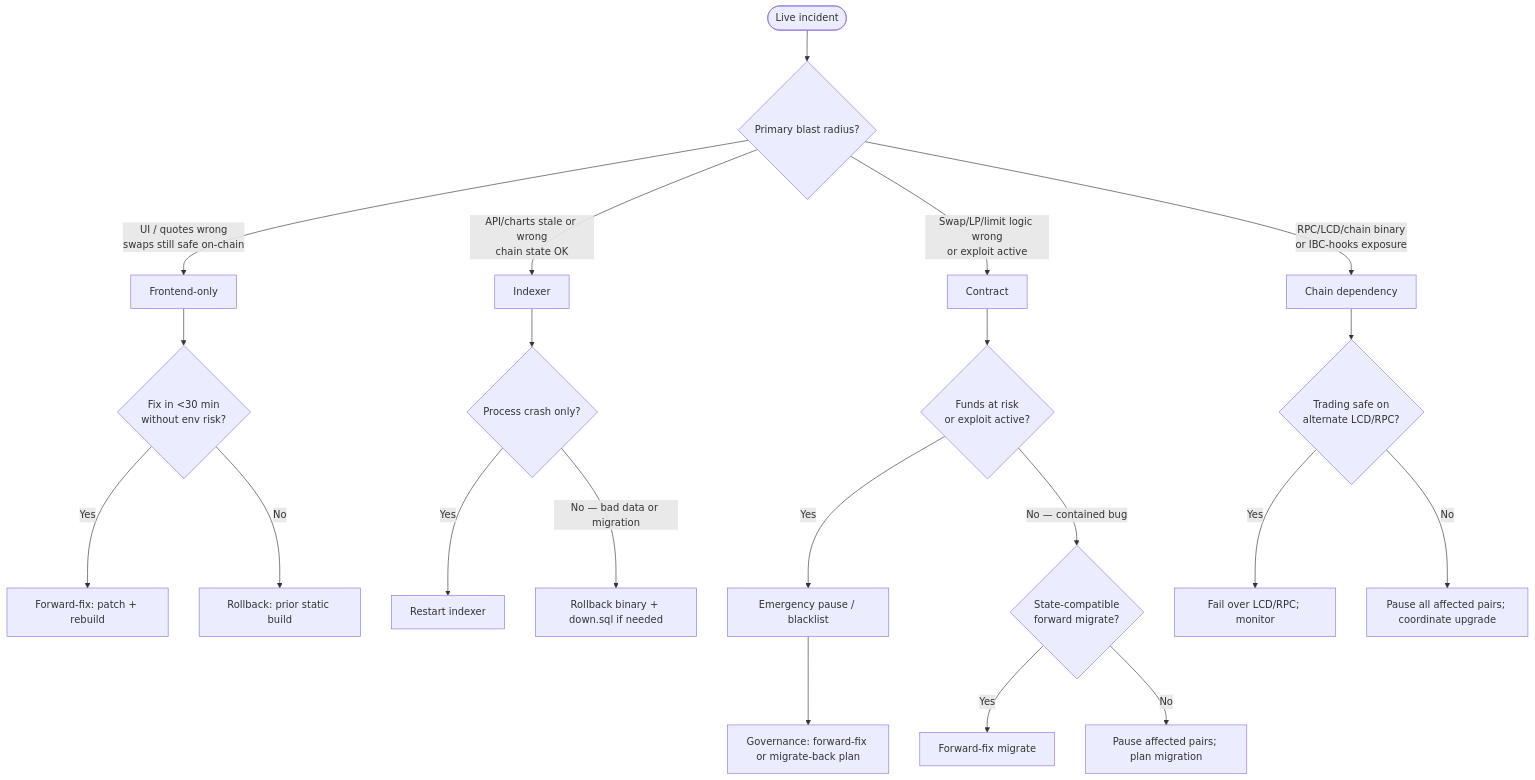
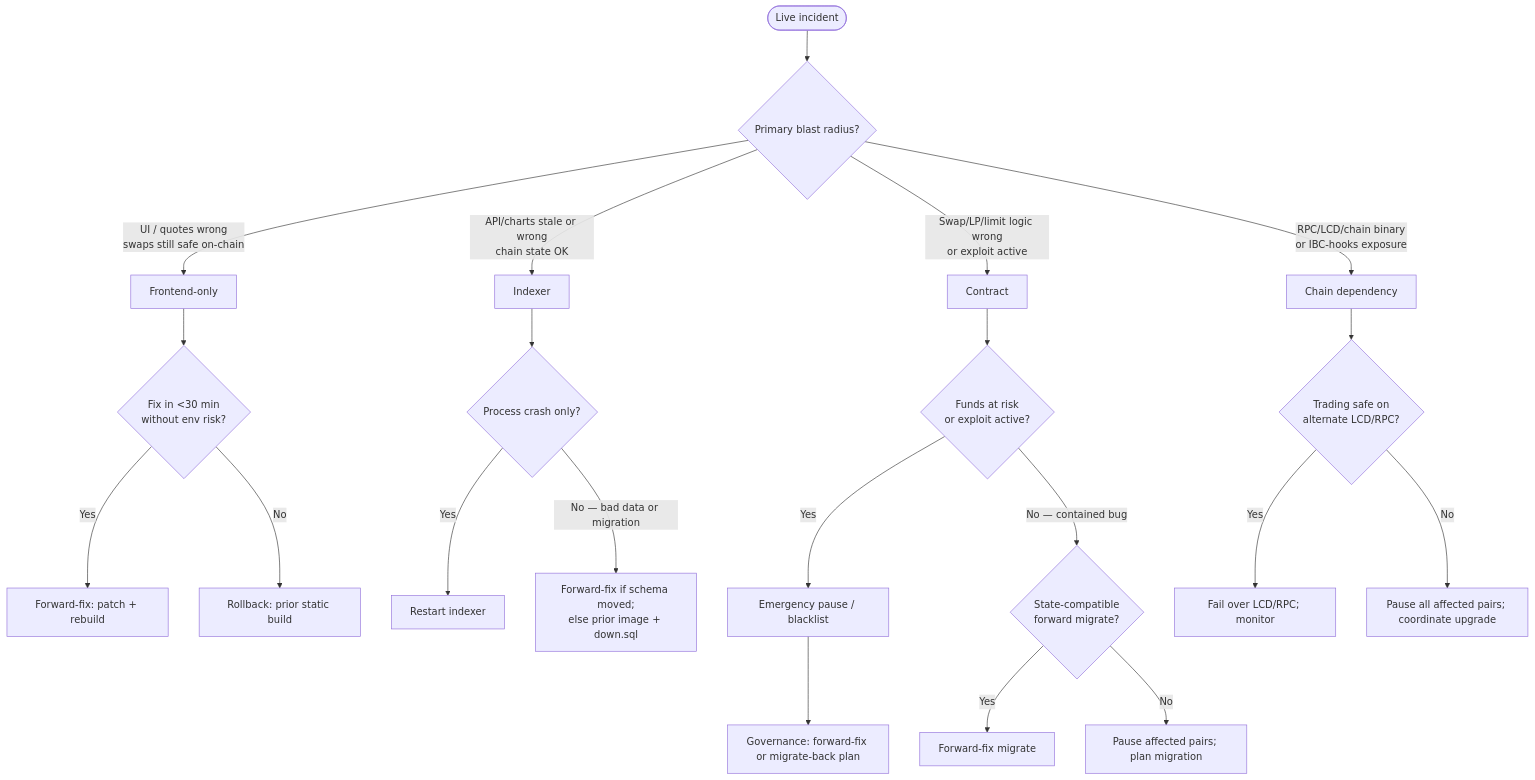
Before and after one commit to PlasticDigits/cl8y-dex-terraclassic: the diagram in docs/runbooks/rollback-decision.md, drawn with Mermaid. The commit also changed other lines of this file and 8 other files, not shown here.

````diff
--- a/docs/runbooks/rollback-decision.md
+++ b/docs/runbooks/rollback-decision.md
@@ -22,23 +22,23 @@
 ```mermaid
 flowchart TD
   start([Live incident]) --> classify{Primary blast radius?}
   classify -->|UI / quotes wrong<br/>swaps still safe on-chain| fe[Frontend-only]
   classify -->|API/charts stale or wrong<br/>chain state OK| idx[Indexer]
   classify -->|Swap/LP/limit logic wrong<br/>or exploit active| ctr[Contract]
   classify -->|RPC/LCD/chain binary<br/>or IBC-hooks exposure| chain[Chain dependency]
   fe --> fe_dec{Fix in &lt;30 min<br/>without env risk?}
   fe_dec -->|Yes| fe_hot[Forward-fix: patch + rebuild]
   fe_dec -->|No| fe_roll[Rollback: prior static build]
   idx --> idx_dec{Process crash only?}
   idx_dec -->|Yes| idx_restart[Restart indexer]
-  idx_dec -->|No — bad data or migration| idx_roll[Rollback binary + down.sql if needed]
+  idx_dec -->|No — bad data or migration| idx_roll[Forward-fix if schema moved;<br/>else prior image + down.sql]
   ctr --> ctr_risk{Funds at risk<br/>or exploit active?}
   ctr_risk -->|Yes| ctr_pause[Emergency pause / blacklist]
   ctr_risk -->|No — contained bug| ctr_fix{State-compatible<br/>forward migrate?}
   ctr_pause --> ctr_plan[Governance: forward-fix or migrate-back plan]
   ctr_fix -->|Yes| ctr_migrate[Forward-fix migrate]
   ctr_fix -->|No| ctr_wait[Pause affected pairs; plan migration]
   chain --> chain_dec{Trading safe on<br/>alternate LCD/RPC?}
   chain_dec -->|Yes| chain_lcd[Fail over LCD/RPC; monitor]
   chain_dec -->|No| chain_pause[Pause all affected pairs; coordinate upgrade]
 ```
````
